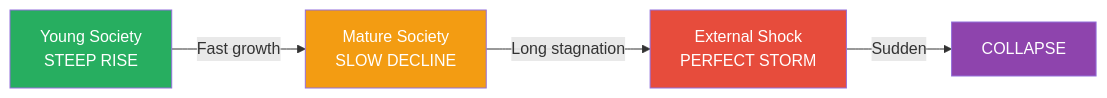
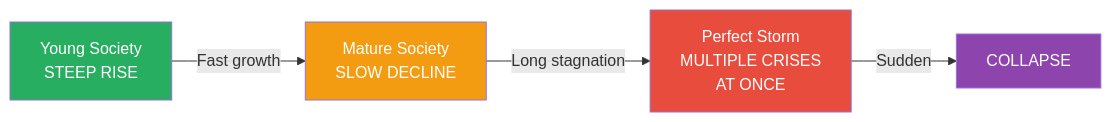
One commit to alius33/reader changed the eighth of 11 diagrams in summaries/Lectures/Secret History/02 - How Societies Collapse.md. Above: the diagram before and after it, drawn with Mermaid. The commit also changed other lines of this file and 26 other files, not shown here.

````diff
--- a/summaries/Lectures/Secret History/02 - How Societies Collapse.md
+++ b/summaries/Lectures/Secret History/02 - How Societies Collapse.md
@@ -420,10 +463,10 @@
 ```mermaid
 flowchart LR
     A["Young Society<br/>STEEP RISE"] -->|"Fast growth"| B["Mature Society<br/>SLOW DECLINE"]
-    B -->|"Long stagnation"| C["External Shock<br/>PERFECT STORM"]
+    B -->|"Long stagnation"| C["Perfect Storm<br/>MULTIPLE CRISES<br/>AT ONCE"]
     C -->|"Sudden"| D["COLLAPSE"]
     style A fill:#27ae60,color:#fff
     style B fill:#f39c12,color:#fff
     style C fill:#e74c3c,color:#fff
     style D fill:#8e44ad,color:#fff
 ```
````
